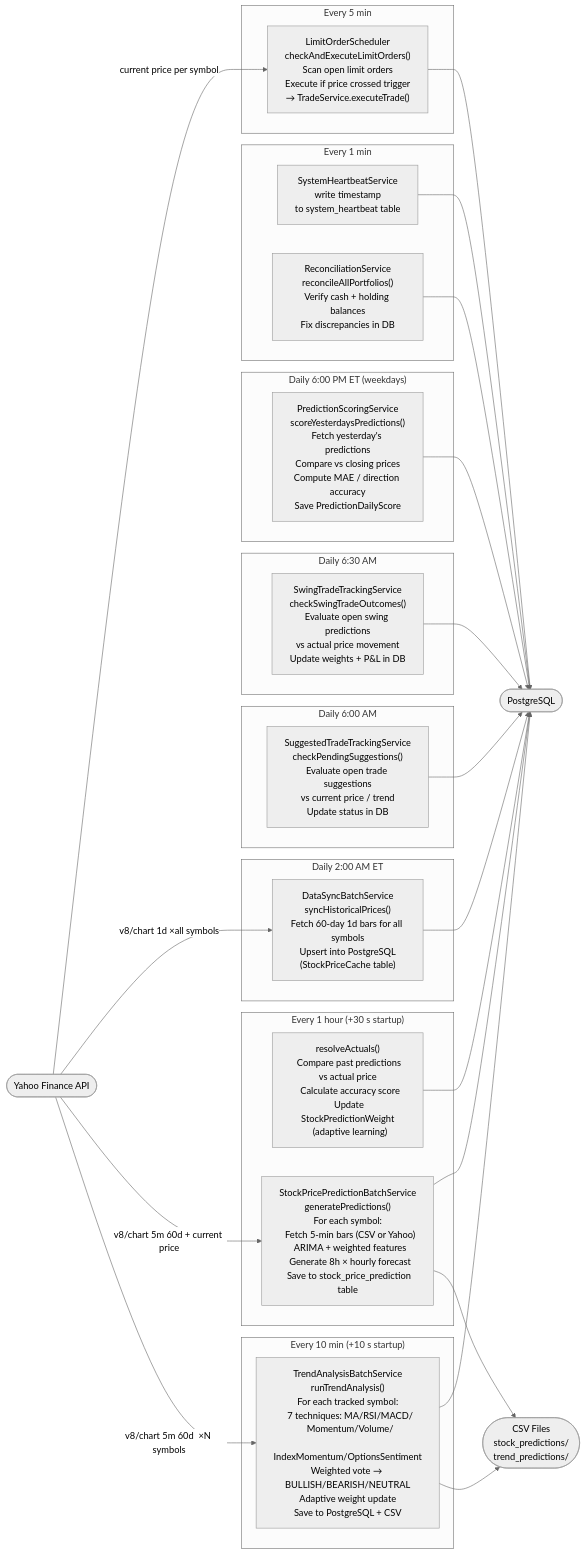
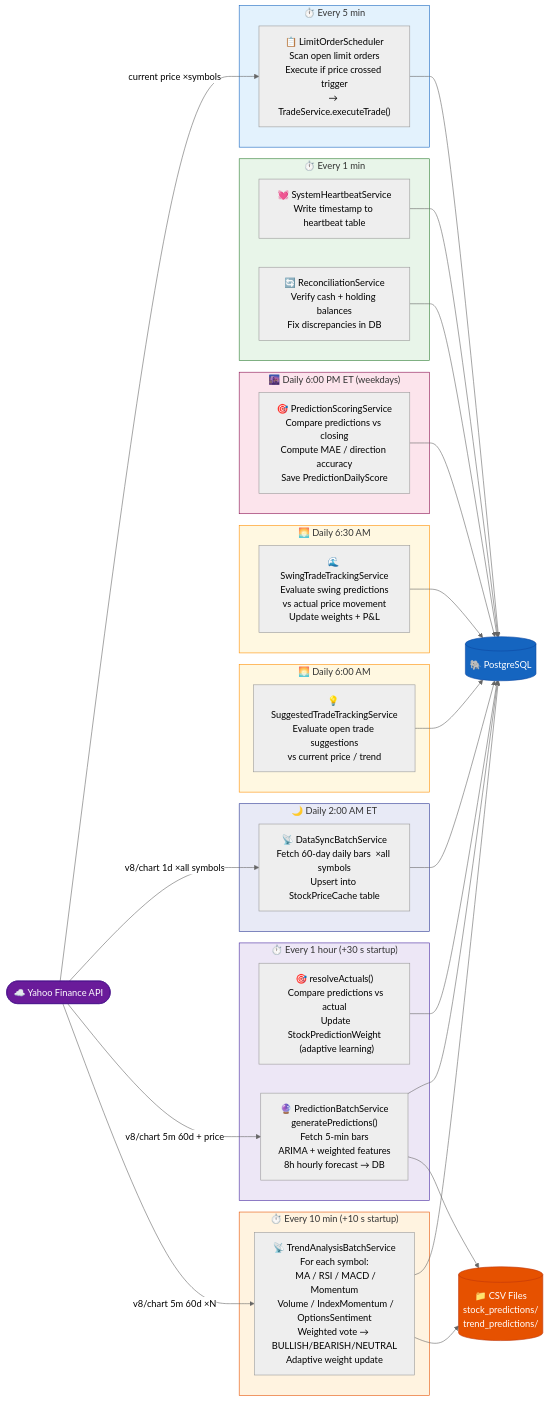
One commit to vkhera/tradewebapp changed the fourth of 8 diagrams in ARCHITECTURE.md. Above: the diagram before and after it, drawn with Mermaid (neutral theme). The commit also changed other lines of this file, not shown here.

Commit message:
Enhance ARCHITECTURE.md with colors, icons, shapes, and use case diagrams

````diff
--- a/ARCHITECTURE.md
+++ b/ARCHITECTURE.md
@@ -254,58 +291,71 @@
 ```mermaid
 flowchart LR
-    YF(["Yahoo Finance API"])
-    PG(["PostgreSQL"])
-    FS(["CSV Files\nstock_predictions/\ntrend_predictions/"])
+    classDef external fill:#6A1B9A,stroke:#4A148C,color:#fff
+    classDef db fill:#1565C0,stroke:#0D47A1,color:#fff
+    classDef csv fill:#E65100,stroke:#BF360C,color:#fff
 
-    subgraph Every1min["Every  1 min"]
-        R1["ReconciliationService\nreconcileAllPortfolios()\nVerify cash + holding balances\nFix discrepancies in DB"]
-        HB["SystemHeartbeatService\nwrite timestamp\nto system_heartbeat table"]
+    YF(["☁️ Yahoo Finance API"]):::external
+    PG[("🐘 PostgreSQL")]:::db
+    FS[("📁 CSV Files\nstock_predictions/\ntrend_predictions/")]:::csv
+
+    subgraph Every1min["⏱️ Every 1 min"]
+        R1["🔄 ReconciliationService\nVerify cash + holding balances\nFix discrepancies in DB"]
+        HB["💓 SystemHeartbeatService\nWrite timestamp to heartbeat table"]
     end
 
-    subgraph Every5min["Every  5 min"]
-        LO["LimitOrderScheduler\ncheckAndExecuteLimitOrders()\nScan open limit orders\nExecute if price crossed trigger\n→ TradeService.executeTrade()"]
+    subgraph Every5min["⏱️ Every 5 min"]
+        LO["📋 LimitOrderScheduler\nScan open limit orders\nExecute if price crossed trigger\n→ TradeService.executeTrade()"]
     end
 
-    subgraph Every10min["Every  10 min  (+10 s startup)"]
-        TA["TrendAnalysisBatchService\nrunTrendAnalysis()\nFor each tracked symbol:\n  7 techniques: MA/RSI/MACD/\n  Momentum/Volume/\n  IndexMomentum/OptionsSentiment\nWeighted vote → BULLISH/BEARISH/NEUTRAL\nAdaptive weight update\nSave to PostgreSQL + CSV"]
+    subgraph Every10min["⏱️ Every 10 min  (+10 s startup)"]
+        TA["📡 TrendAnalysisBatchService\nFor each symbol:\n  MA / RSI / MACD / Momentum\n  Volume / IndexMomentum / OptionsSentiment\nWeighted vote → BULLISH/BEARISH/NEUTRAL\nAdaptive weight update"]
     end
 
-    subgraph Every1hr["Every  1 hour  (+30 s startup)"]
-        PP1["StockPricePredictionBatchService\ngeneratePredictions()\nFor each symbol:\n  Fetch 5-min bars (CSV or Yahoo)\n  ARIMA + weighted features\n  Generate 8h × hourly forecast\n  Save to stock_price_prediction table"]
-        PP2["resolveActuals()\n  Compare past predictions vs actual price\n  Calculate accuracy score\n  Update StockPredictionWeight\n  (adaptive learning)"]
+    subgraph Every1hr["⏱️ Every 1 hour  (+30 s startup)"]
+        PP1["🔮 PredictionBatchService\ngeneratePredictions()\n  Fetch 5-min bars\n  ARIMA + weighted features\n  8h hourly forecast → DB"]
+        PP2["🎯 resolveActuals()\n  Compare predictions vs actual\n  Update StockPredictionWeight\n  (adaptive learning)"]
     end
 
-    subgraph Daily2AM["Daily  2:00 AM  ET"]
-        DS["DataSyncBatchService\nsyncHistoricalPrices()\nFetch 60-day 1d bars for all symbols\nUpsert into PostgreSQL\n(StockPriceCache table)"]
+    subgraph Daily2AM["🌙 Daily  2:00 AM  ET"]
+        DS["📡 DataSyncBatchService\nFetch 60-day daily bars  ×all symbols\nUpsert into StockPriceCache table"]
     end
 
-    subgraph Daily6AM["Daily  6:00 AM"]
-        SG["SuggestedTradeTrackingService\ncheckPendingSuggestions()\nEvaluate open trade suggestions\nvs current price / trend\nUpdate status in DB"]
+    subgraph Daily6AM["🌅 Daily  6:00 AM"]
+        SG["💡 SuggestedTradeTrackingService\nEvaluate open trade suggestions\nvs current price / trend"]
     end
 
-    subgraph Daily630AM["Daily  6:30 AM"]
-        SW["SwingTradeTrackingService\ncheckSwingTradeOutcomes()\nEvaluate open swing predictions\nvs actual price movement\nUpdate weights + P&L in DB"]
+    subgraph Daily630AM["🌅 Daily  6:30 AM"]
+        SW["🌊 SwingTradeTrackingService\nEvaluate swing predictions\nvs actual price movement\nUpdate weights + P&L"]
     end
 
-    subgraph Daily6PM["Daily  6:00 PM  ET  (weekdays)"]
-        SC["PredictionScoringService\nscoreYesterdaysPredictions()\nFetch yesterday's predictions\nCompare vs closing prices\nCompute MAE / direction accuracy\nSave PredictionDailyScore"]
+    subgraph Daily6PM["🌆 Daily  6:00 PM  ET  (weekdays)"]
+        SC["🎯 PredictionScoringService\nCompare predictions vs closing\nCompute MAE / direction accuracy\nSave PredictionDailyScore"]
     end
 
-    YF -->|"v8/chart 5m 60d  ×N symbols"| TA
-    YF -->|"v8/chart 5m 60d + current price"| PP1
-    YF -->|"v8/chart 1d  ×all symbols"| DS
-    YF -->|"current price per symbol"| LO
+    YF -->|"v8/chart 5m 60d ×N"| TA
+    YF -->|"v8/chart 5m 60d + price"| PP1
+    YF -->|"v8/chart 1d ×all symbols"| DS
+    YF -->|"current price ×symbols"| LO
 
     TA --> PG
     TA --> FS
     PP1 --> PG
     PP1 --> FS
     PP2 --> PG
     DS --> PG
     SG --> PG
     SW --> PG
     SC --> PG
     R1 --> PG
     HB --> PG
     LO --> PG
+
+    style Every1min fill:#E8F5E9,stroke:#2E7D32
+    style Every5min fill:#E3F2FD,stroke:#1565C0
+    style Every10min fill:#FFF3E0,stroke:#E65100
+    style Every1hr fill:#EDE7F6,stroke:#4527A0
+    style Daily2AM fill:#E8EAF6,stroke:#283593
+    style Daily6AM fill:#FFF8E1,stroke:#FF8F00
+    style Daily630AM fill:#FFF8E1,stroke:#FF8F00
+    style Daily6PM fill:#FCE4EC,stroke:#880E4F
 ```
````
